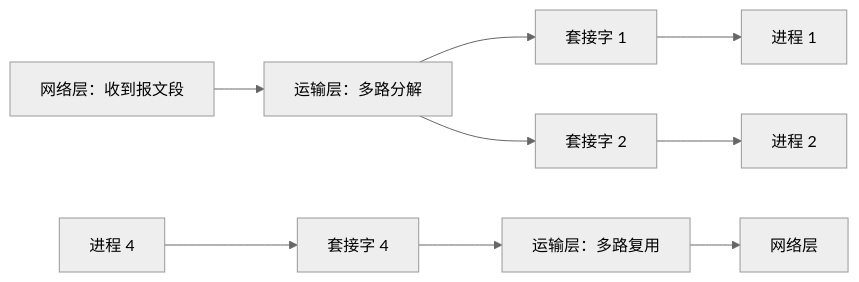
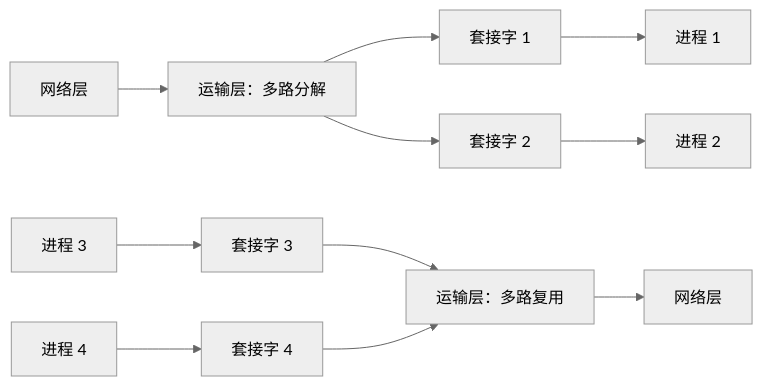
One commit to Meer-Matze/Meer-Matze.github.io changed the second of 27 diagrams in src/content/posts/运输层.md. Above: the diagram before and after it, drawn with Mermaid (neutral theme). The commit also changed other lines of this file, not shown here.

````diff
--- a/src/content/posts/运输层.md
+++ b/src/content/posts/运输层.md
@@ -140,7 +112,8 @@
 ```mermaid
 flowchart LR
-    N["网络层：收到报文段"] --> T["运输层：多路分解"]
-    T --> S1["套接字 1"] --> P1["进程 1"]
-    T --> S2["套接字 2"] --> P2["进程 2"]
-    P4["进程 4"] --> S4["套接字 4"] --> T2["运输层：多路复用"] --> N2["网络层"]
+    N1["网络层"] --> T1["运输层：多路分解"]
+    T1 --> S1["套接字 1"] --> P1["进程 1"]
+    T1 --> S2["套接字 2"] --> P2["进程 2"]
+    P4["进程 3"] --> S4["套接字 3"] --> T2["运输层：多路复用"] --> N2["网络层"]
+    P3["进程 4"] --> S3["套接字 4"] --> T2
 ```
````
